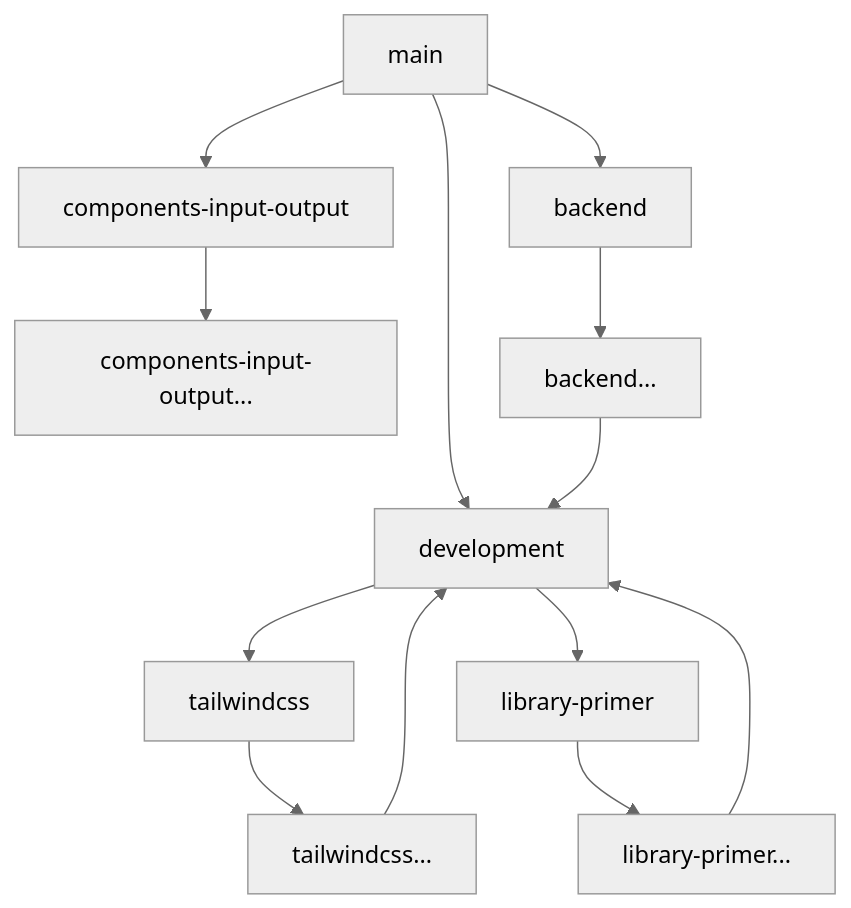
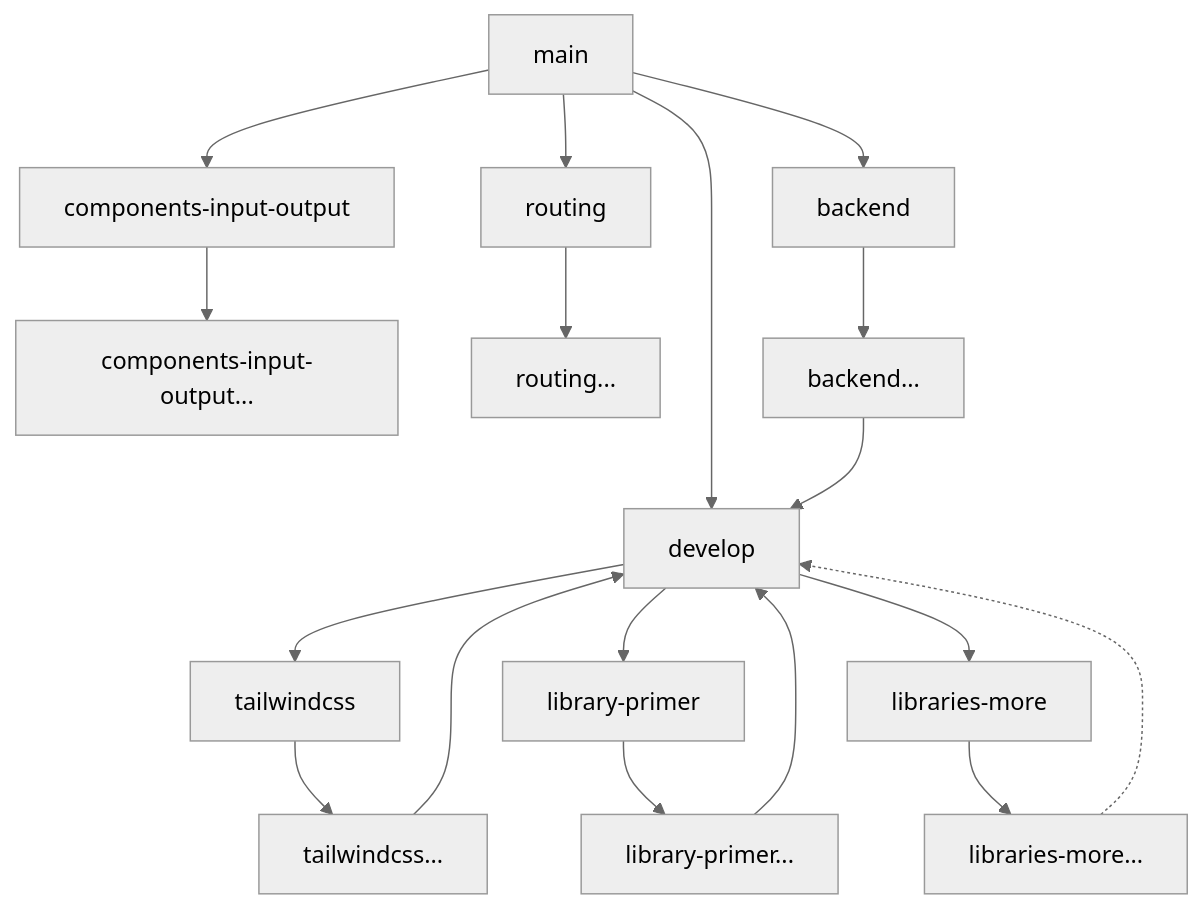
The diagram in README.md (christodoulos/coding-factory-fullstack), drawn with Mermaid (neutral theme) before and after one commit.

````diff
--- a/README.md
+++ b/README.md
@@ -10,15 +10,20 @@
 ```mermaid
 flowchart TB
     main --> components-input-output
     components-input-output --> components-input-output...
-    main --> development
+    main --> routing
+    routing --> routing...
+    main --> develop
     main --> backend
     backend --> backend...
-    backend... --> development
-    development --> tailwindcss
+    backend... --> develop
+    develop --> tailwindcss
     tailwindcss --> tailwindcss...
-    tailwindcss... --> development
-    development --> library-primer
+    tailwindcss... --> develop
+    develop --> library-primer
     library-primer --> library-primer...
-    library-primer... --> development
+    library-primer... --> develop
+    develop --> libraries-more
+    libraries-more --> libraries-more...
+    libraries-more... -.-> develop
 ```
````
